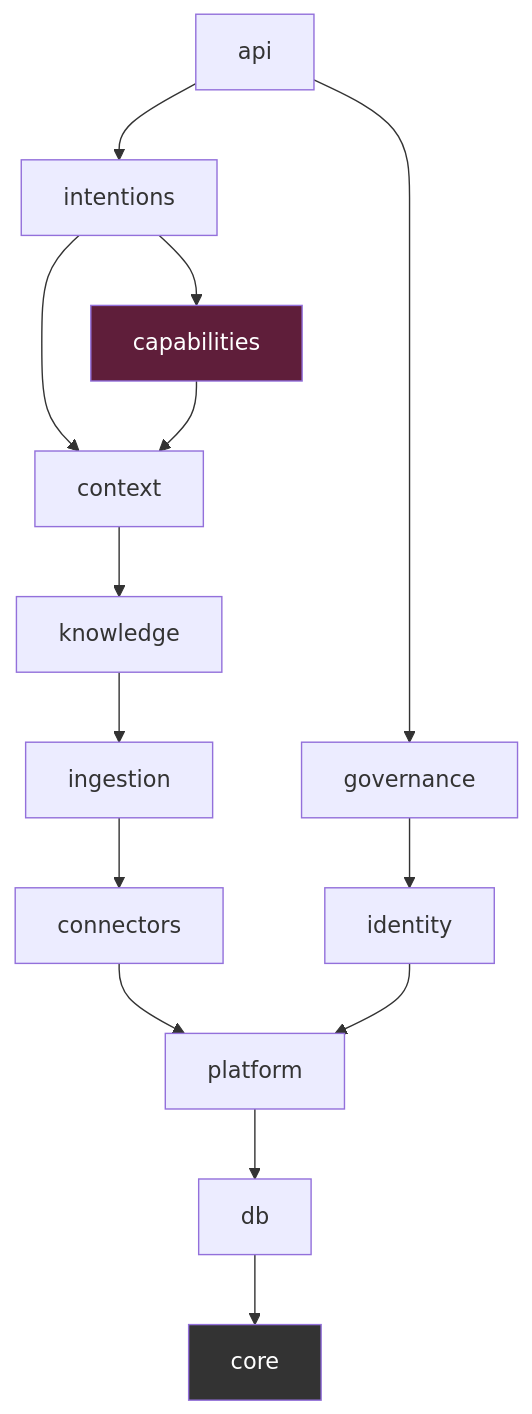
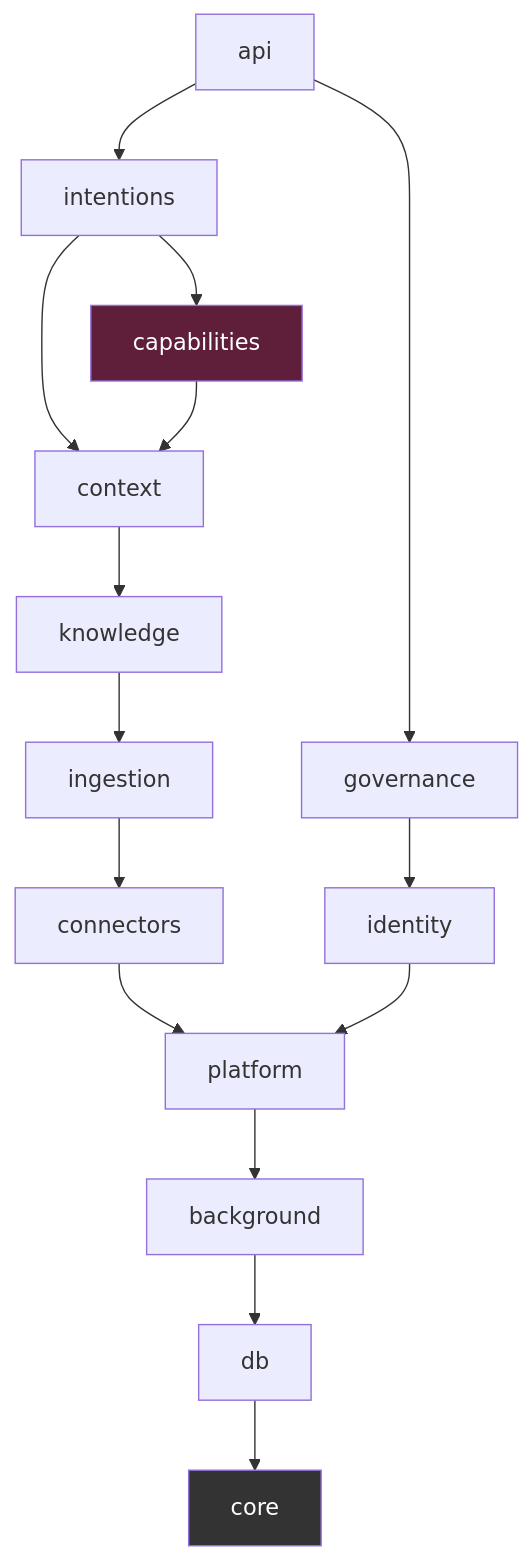
The second of 6 diagrams in docs/architecture.md (Haitam-elh/Leka), drawn with Mermaid before and after one commit. The commit also changed other lines of this file and 10 other files, not shown here.

````diff
--- a/docs/architecture.md
+++ b/docs/architecture.md
@@ -113,19 +114,20 @@
 ```mermaid
 flowchart TD
     API[api] --> INT[intentions]
     API --> GOV[governance]
     INT --> CTX[context]
     INT --> CAP[capabilities]
     CTX --> KNOW[knowledge]
     CAP --> CTX
     KNOW --> ING[ingestion]
     ING --> CONN[connectors]
     CONN --> PLAT[platform]
     GOV --> IDENT[identity]
     IDENT --> PLAT
-    PLAT --> DB[db]
+    PLAT --> BG[background]
+    BG --> DB[db]
     DB --> CORE[core]
 
     style CORE fill:#333,color:#fff
     style CAP fill:#5f1e3a,color:#fff
 ```
````
